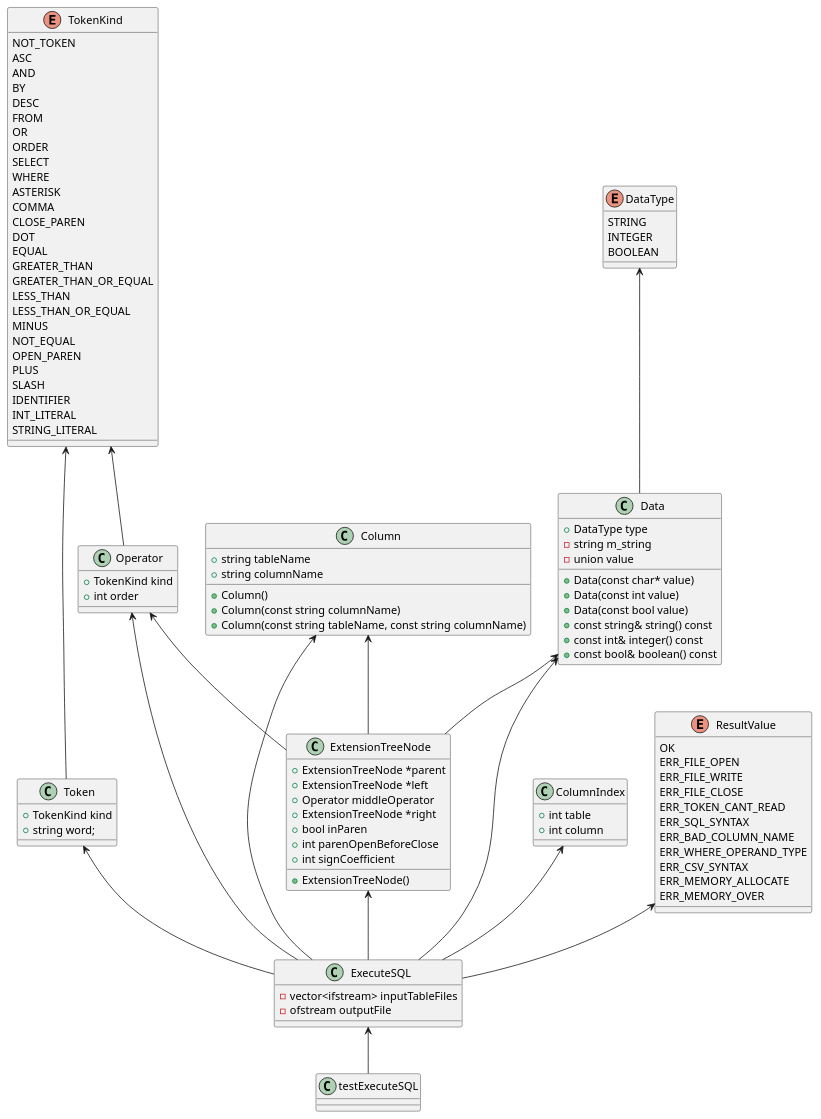
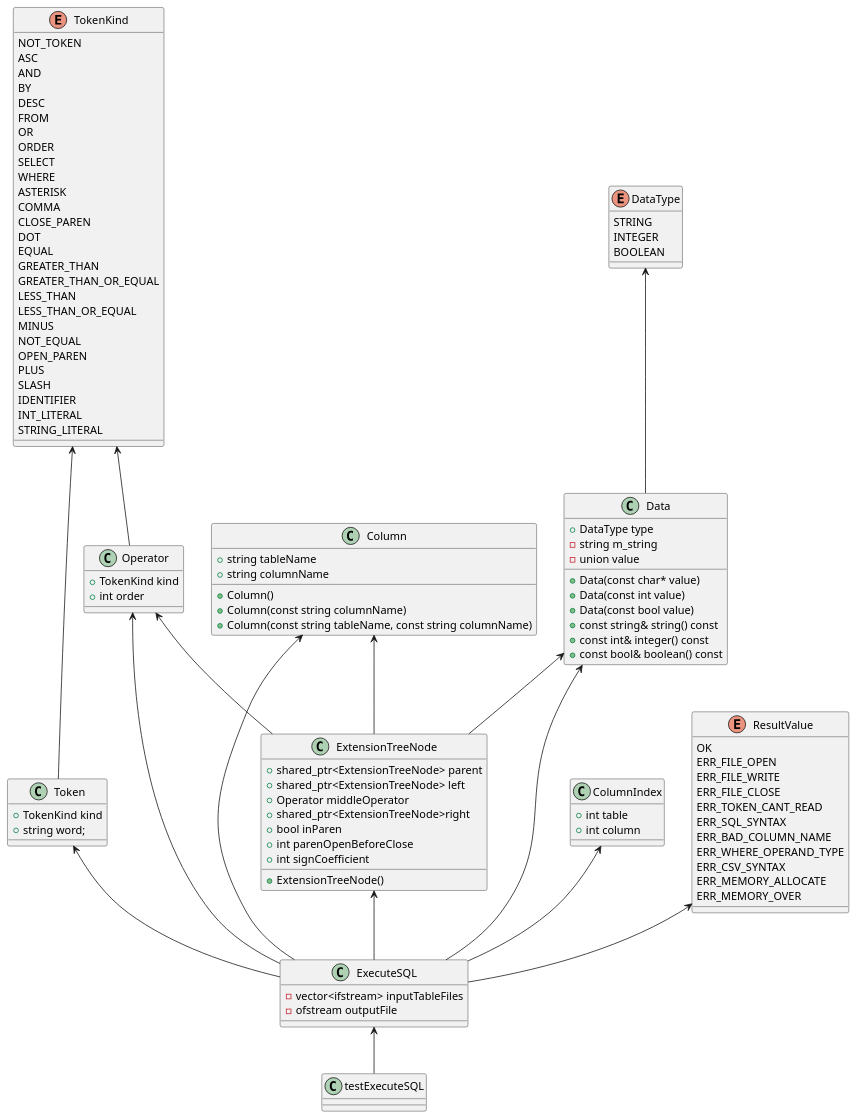
The diagram in ExecuteSQL.pu (yotten/TinySQL), drawn with PlantUML before and after one commit. The commit also changed 2 other files, not shown here.

Commit message:
086.ExtensionTreeNodeのポインタをすべてshared_ptrにする
[----------] Global test environment tear-down
[==========] 213 tests from 1 test case ran. (5540 ms total)
[  PASSED  ] 213 tests.

```diff
--- a/ExecuteSQL.pu
+++ b/ExecuteSQL.pu
@@ -1,110 +1,110 @@
 @startuml
 
 class testExecuteSQL {}
 class ExecuteSQL {
 	-vector<ifstream> inputTableFiles
 	-ofstream outputFile
 }	
 class Data {
     +DataType type
 	-string m_string
 	-union value
 	+Data(const char* value)
 	+Data(const int value)
 	+Data(const bool value)
 	+const string& string() const
 	+const int& integer() const
 	+const bool& boolean() const
 }
 class Operator{
     +TokenKind kind
     +int order
 }
 class Token{
     +TokenKind kind
     +string word;
 }
 class ExtensionTreeNode{
-	+ExtensionTreeNode *parent
-	+ExtensionTreeNode *left
+	+shared_ptr<ExtensionTreeNode> parent
+	+shared_ptr<ExtensionTreeNode> left
 	+Operator middleOperator
-	+ExtensionTreeNode *right
+	+shared_ptr<ExtensionTreeNode>right
 	+bool inParen
 	+int parenOpenBeforeClose
 	+int signCoefficient
 	+ExtensionTreeNode()
 }
 class ColumnIndex{
     +int table
     +int column
 }
 class Column{
     +string tableName
     +string columnName
     +Column()
     +Column(const string columnName)
     +Column(const string tableName, const string columnName)
 }
 enum DataType{
    	STRING
 	INTEGER
 	BOOLEAN
 }
 enum TokenKind{
     NOT_TOKEN
 	ASC
 	AND
 	BY
 	DESC
 	FROM
 	OR
 	ORDER
 	SELECT
 	WHERE
 	ASTERISK
 	COMMA
 	CLOSE_PAREN
 	DOT
 	EQUAL
 	GREATER_THAN
 	GREATER_THAN_OR_EQUAL
 	LESS_THAN
 	LESS_THAN_OR_EQUAL
 	MINUS
 	NOT_EQUAL
 	OPEN_PAREN
 	PLUS
 	SLASH
 	IDENTIFIER
 	INT_LITERAL
 	STRING_LITERAL
 }
 enum ResultValue{
     OK
 	ERR_FILE_OPEN
 	ERR_FILE_WRITE
 	ERR_FILE_CLOSE
 	ERR_TOKEN_CANT_READ
 	ERR_SQL_SYNTAX
 	ERR_BAD_COLUMN_NAME
 	ERR_WHERE_OPERAND_TYPE
 	ERR_CSV_SYNTAX
 	ERR_MEMORY_ALLOCATE
 	ERR_MEMORY_OVER
 }
 
 ExecuteSQL <-- testExecuteSQL
 Data <-- ExecuteSQL
 Operator <-- ExecuteSQL
 Token <-- ExecuteSQL
 ExtensionTreeNode <-- ExecuteSQL
 ColumnIndex <-- ExecuteSQL
 Column <-- ExecuteSQL
 ResultValue <-- ExecuteSQL
 DataType <-- Data
 TokenKind <-- Token
 TokenKind <-- Operator
 Operator <-- ExtensionTreeNode
 Column <-- ExtensionTreeNode
 Data <-- ExtensionTreeNode
 @enduml
```
